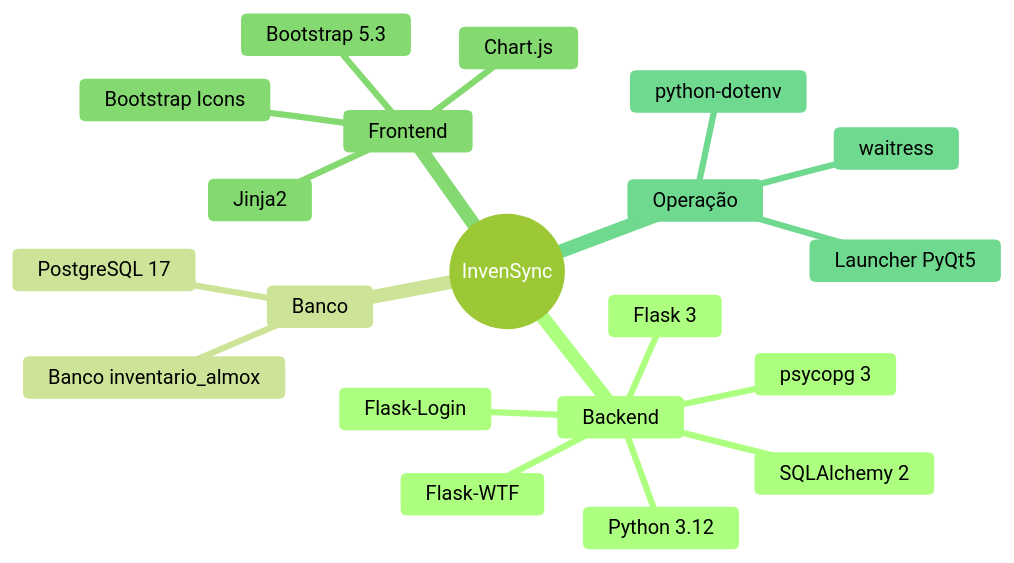
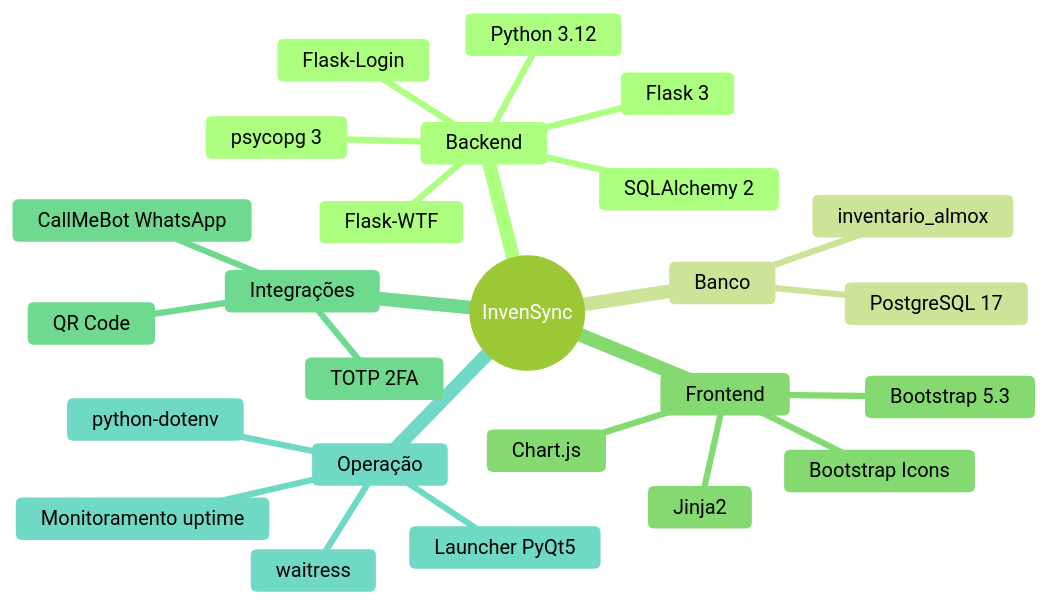
One commit to nerdGG094/InvenSync changed the first of 22 diagrams in docs/DOCUMENTACAO.md. Above: the diagram before and after it, drawn with Mermaid (forest theme). The commit also changed other lines of this file and 7 other files, not shown here.

````diff
--- a/docs/DOCUMENTACAO.md
+++ b/docs/DOCUMENTACAO.md
@@ -27,23 +67,28 @@
 ```mermaid
 mindmap
   root((InvenSync))
     Backend
       Python 3.12
       Flask 3
       Flask-Login
       Flask-WTF
       SQLAlchemy 2
       psycopg 3
     Banco
       PostgreSQL 17
-      Banco inventario_almox
+      inventario_almox
     Frontend
       Jinja2
       Bootstrap 5.3
       Bootstrap Icons
       Chart.js
+    Integrações
+      CallMeBot WhatsApp
+      QR Code
+      TOTP 2FA
     Operação
       waitress
       Launcher PyQt5
       python-dotenv
+      Monitoramento uptime
 ```
````
